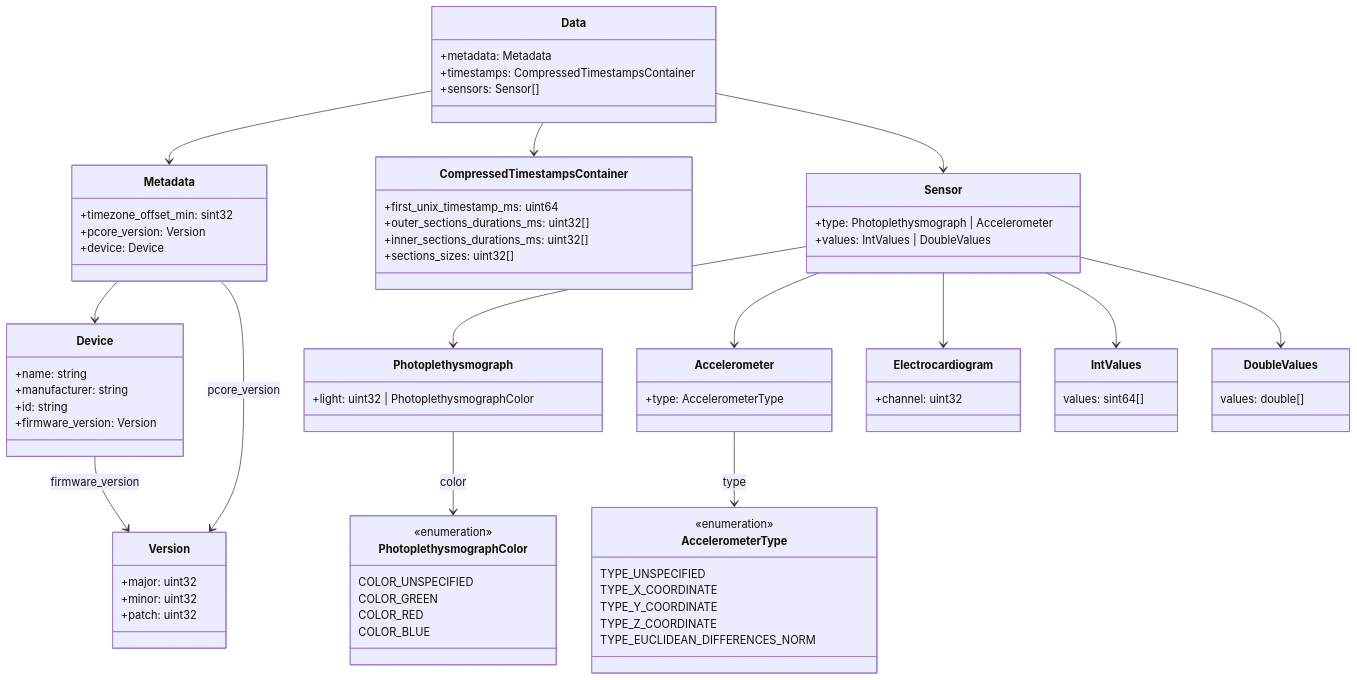
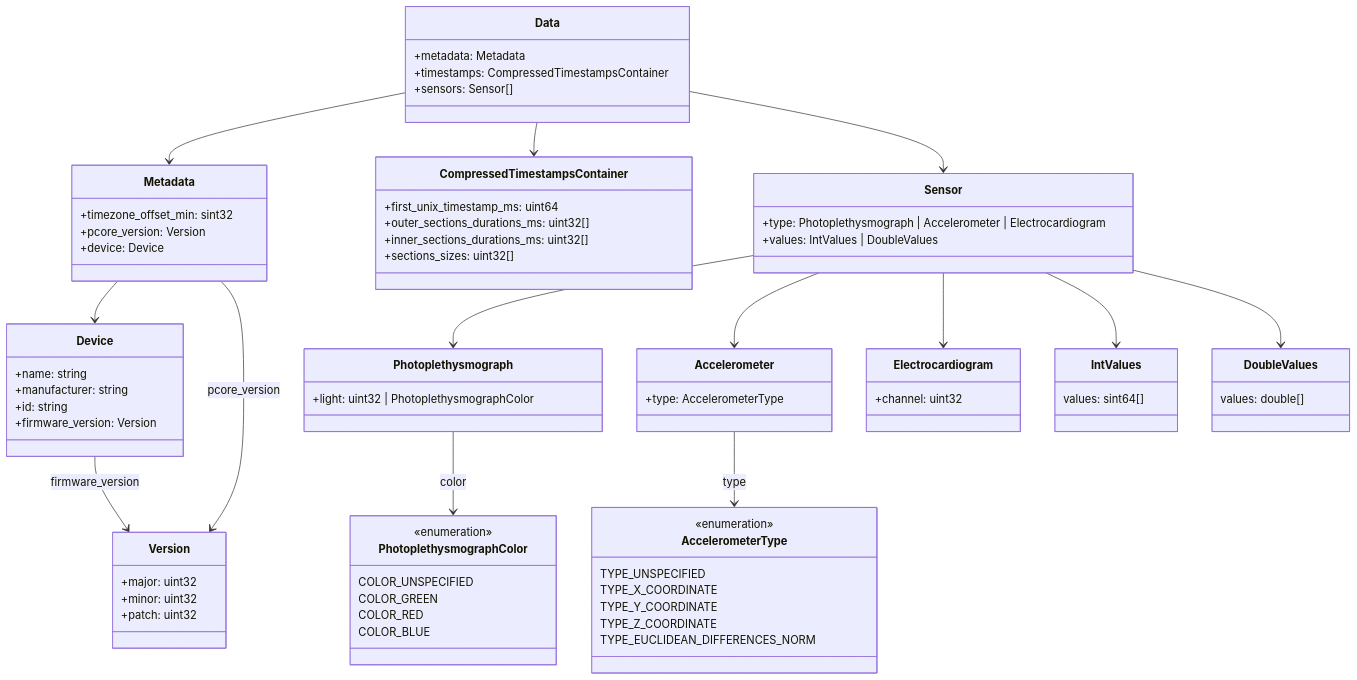
One commit to preventicus/pcore changed the diagram in README.md. Above: the diagram before and after it, drawn with Mermaid. The commit also changed other lines of this file and 2 other files, not shown here.

```diff
--- a/README.md
+++ b/README.md
@@ -210,7 +133,7 @@
 
 class Sensor {
   %% oneof type:
-  +type: Photoplethysmograph | Accelerometer
+  +type: Photoplethysmograph | Accelerometer | Electrocardiogram
   +values: IntValues | DoubleValues
 }
 
```
